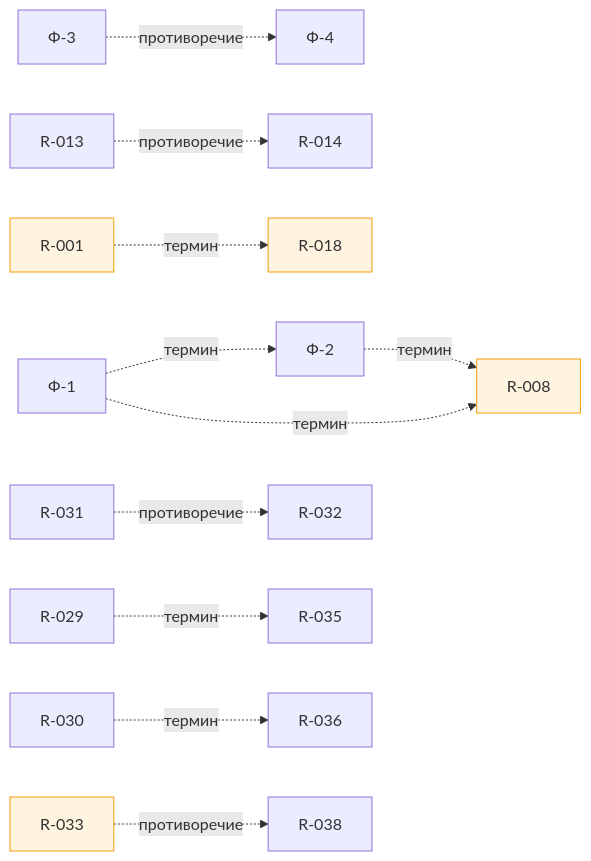
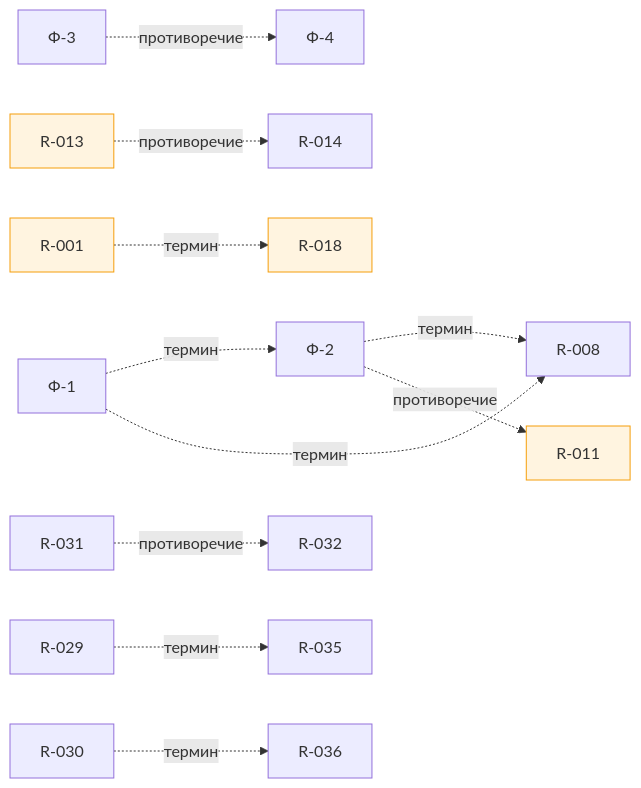
Before and after one commit to Aidana17022007/req-review-agent: the diagram in reports/requirements-report.md, drawn with Mermaid. The commit also changed other lines of this file and 4 other files, not shown here.

````diff
--- a/reports/requirements-report.md
+++ b/reports/requirements-report.md
@@ -1357,34 +1270,33 @@
 ```mermaid
 graph LR
   R_001["R-001"]
   R_002["Ф-1"]
   R_003["Ф-2"]
   R_004["Ф-3"]
   R_005["Ф-4"]
   R_008["R-008"]
+  R_011["R-011"]
   R_013["R-013"]
   R_014["R-014"]
   R_018["R-018"]
   R_029["R-029"]
   R_030["R-030"]
   R_031["R-031"]
   R_032["R-032"]
-  R_033["R-033"]
   R_035["R-035"]
   R_036["R-036"]
-  R_038["R-038"]
   R_013 -. противоречие .-> R_014
   R_004 -. противоречие .-> R_005
   R_029 -. термин .-> R_035
   R_030 -. термин .-> R_036
   R_031 -. противоречие .-> R_032
   R_002 -. термин .-> R_003
   R_002 -. термин .-> R_008
   R_003 -. термин .-> R_008
-  R_033 -. противоречие .-> R_038
+  R_003 -. противоречие .-> R_011
   R_001 -. термин .-> R_018
   style R_001 fill:#FFF4E0,stroke:#F59E0B
-  style R_008 fill:#FFF4E0,stroke:#F59E0B
+  style R_011 fill:#FFF4E0,stroke:#F59E0B
+  style R_013 fill:#FFF4E0,stroke:#F59E0B
   style R_018 fill:#FFF4E0,stroke:#F59E0B
-  style R_033 fill:#FFF4E0,stroke:#F59E0B
 ```
````
